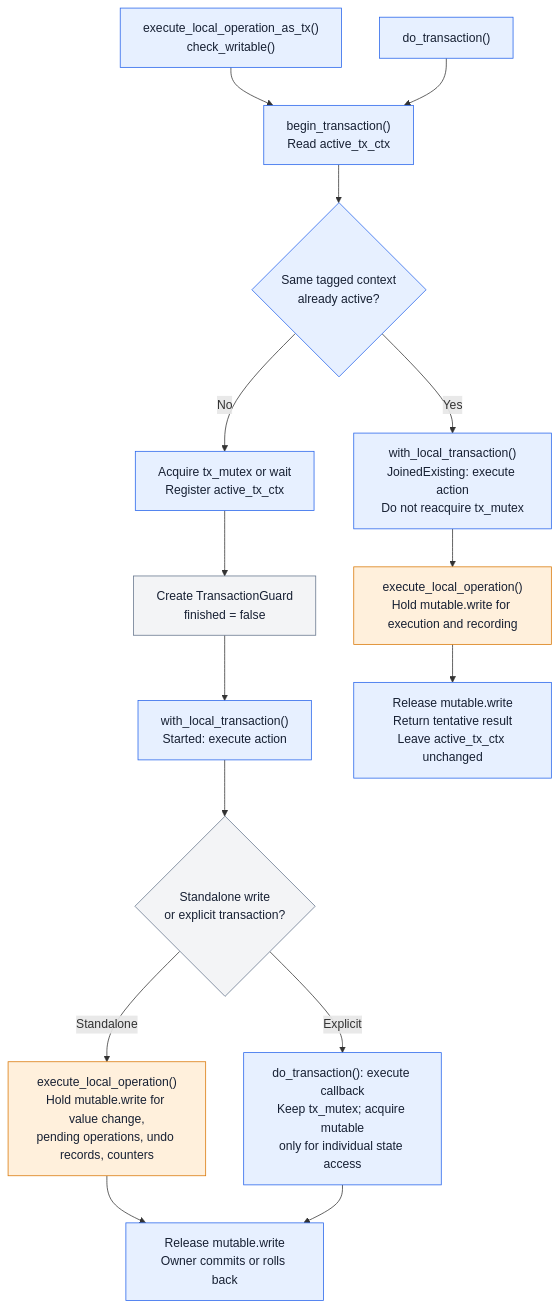
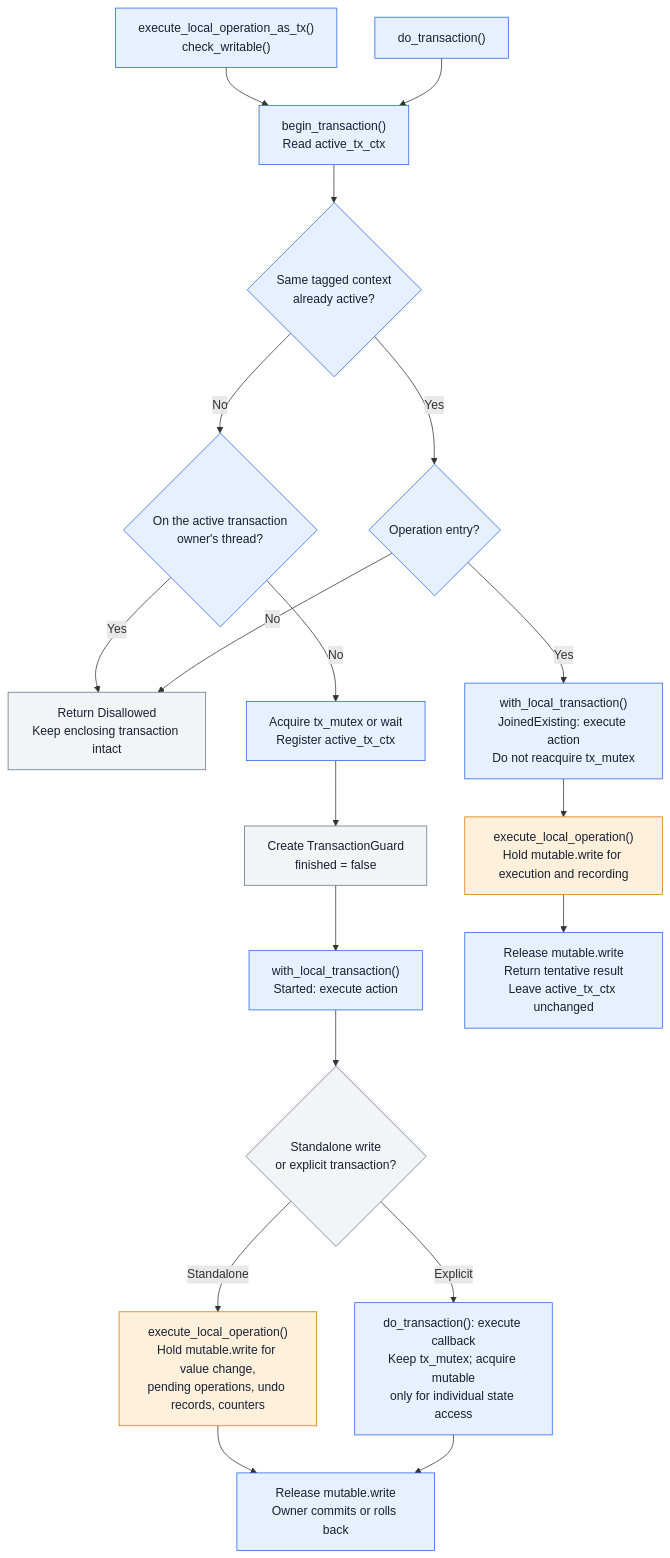
Before and after one commit to qortoo/qortoo-rs: the third of 5 diagrams in docs/transaction-and-rollback.md, drawn with Mermaid. The commit also changed other lines of this file and 4 other files, not shown here.

Commit message:
🪲fix(datatypes): reject reentrant local transaction calls

````diff
--- a/docs/transaction-and-rollback.md
+++ b/docs/transaction-and-rollback.md
@@ -177,21 +301,25 @@
 ```mermaid
 flowchart TD
     A["execute_local_operation_as_tx()<br/>check_writable()"]:::td --> C
     B["do_transaction()"]:::td --> C
     C["begin_transaction()<br/>Read active_tx_ctx"]:::td --> D{"Same tagged context<br/>already active?"}:::td
-    D -- No --> E["Acquire tx_mutex or wait<br/>Register active_tx_ctx"]:::td
+    D -- No --> O{"On the active transaction<br/>owner's thread?"}:::td
+    O -- Yes --> P["Return Disallowed<br/>Keep enclosing transaction intact"]:::other
+    O -- No --> E["Acquire tx_mutex or wait<br/>Register active_tx_ctx"]:::td
     E --> F["Create TransactionGuard<br/>finished = false"]:::other
     F --> G["with_local_transaction()<br/>Started: execute action"]:::td
     G --> H{"Standalone write<br/>or explicit transaction?"}:::other
     H -- Standalone --> I["execute_local_operation()<br/>Hold mutable.write for value change,<br/>pending operations, undo records, counters"]:::md
     H -- Explicit --> J["do_transaction(): execute callback<br/>Keep tx_mutex; acquire mutable<br/>only for individual state access"]:::td
     I --> K["Release mutable.write<br/>Owner commits or rolls back"]:::td
     J --> K
-    D -- Yes --> L["with_local_transaction()<br/>JoinedExisting: execute action<br/>Do not reacquire tx_mutex"]:::td
+    D -- Yes --> Q{"Operation entry?"}:::td
+    Q -- No --> P
+    Q -- Yes --> L["with_local_transaction()<br/>JoinedExisting: execute action<br/>Do not reacquire tx_mutex"]:::td
     L --> M["execute_local_operation()<br/>Hold mutable.write for execution and recording"]:::md
     M --> N["Release mutable.write<br/>Return tentative result<br/>Leave active_tx_ctx unchanged"]:::td
 
     classDef td fill:#e7f0ff,stroke:#2563eb,color:#172033;
     classDef md fill:#fff0dc,stroke:#d97706,color:#172033;
     classDef other fill:#f3f4f6,stroke:#64748b,color:#172033;
 ```
````
